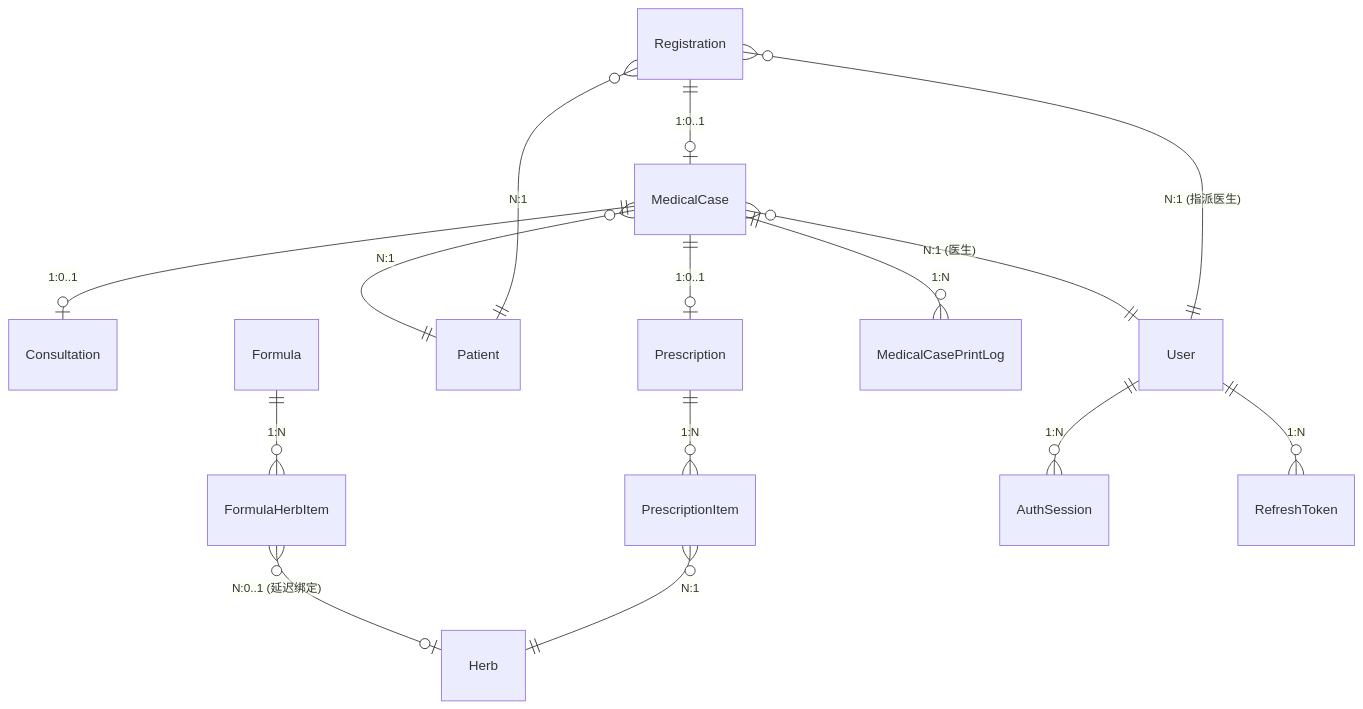
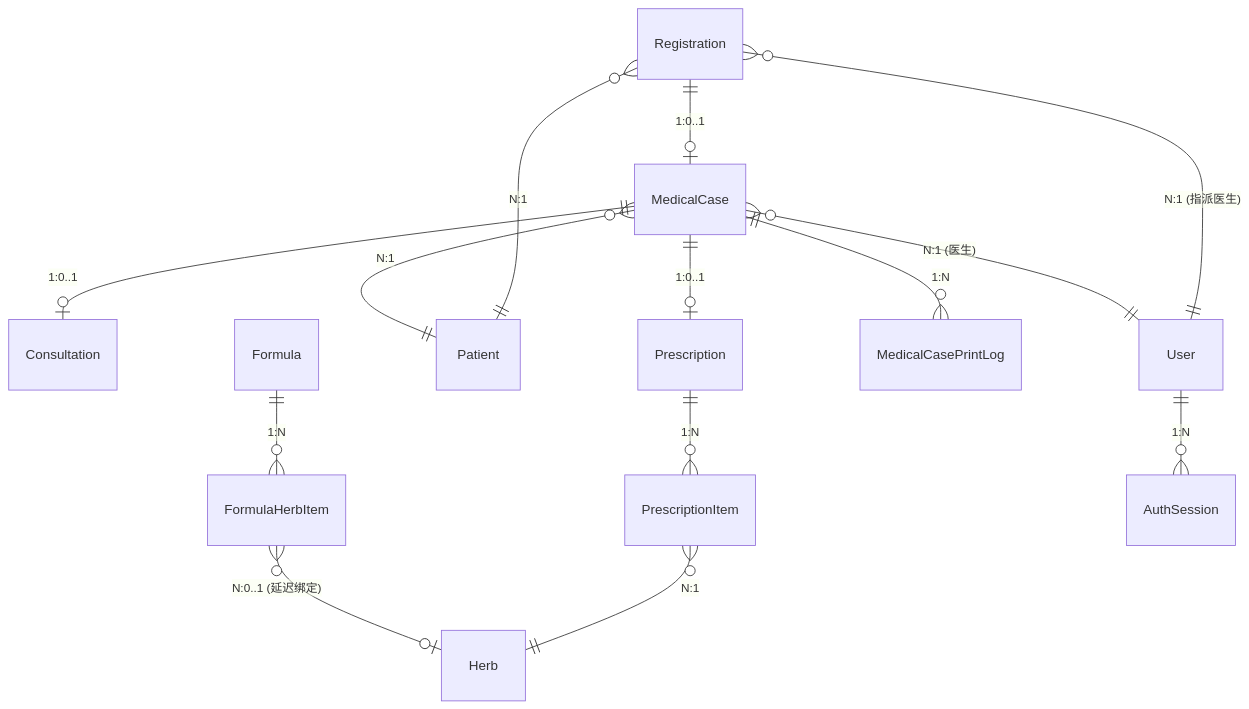
Before and after one commit to shouqitao/LYBTZYZS: the diagram in docs/03-architecture/04-data-model.md, drawn with Mermaid. The commit also changed other lines of this file and 28 other files, not shown here.

````diff
--- a/docs/03-architecture/04-data-model.md
+++ b/docs/03-architecture/04-data-model.md
@@ -12,17 +12,16 @@
 ```mermaid
 erDiagram
     MedicalCase ||--o| Consultation : "1:0..1"
     MedicalCase ||--o| Prescription : "1:0..1"
     MedicalCase }o--|| Patient : "N:1"
     MedicalCase }o--|| User : "N:1 (医生)"
     Prescription ||--o{ PrescriptionItem : "1:N"
     MedicalCase ||--o{ MedicalCasePrintLog : "1:N"
     Formula ||--o{ FormulaHerbItem : "1:N"
     FormulaHerbItem }o--o| Herb : "N:0..1 (延迟绑定)"
     PrescriptionItem }o--|| Herb : "N:1"
     User ||--o{ AuthSession : "1:N"
-    User ||--o{ RefreshToken : "1:N"
     Registration }o--|| Patient : "N:1"
     Registration }o--|| User : "N:1 (指派医生)"
     Registration ||--o| MedicalCase : "1:0..1"
 ```
````
